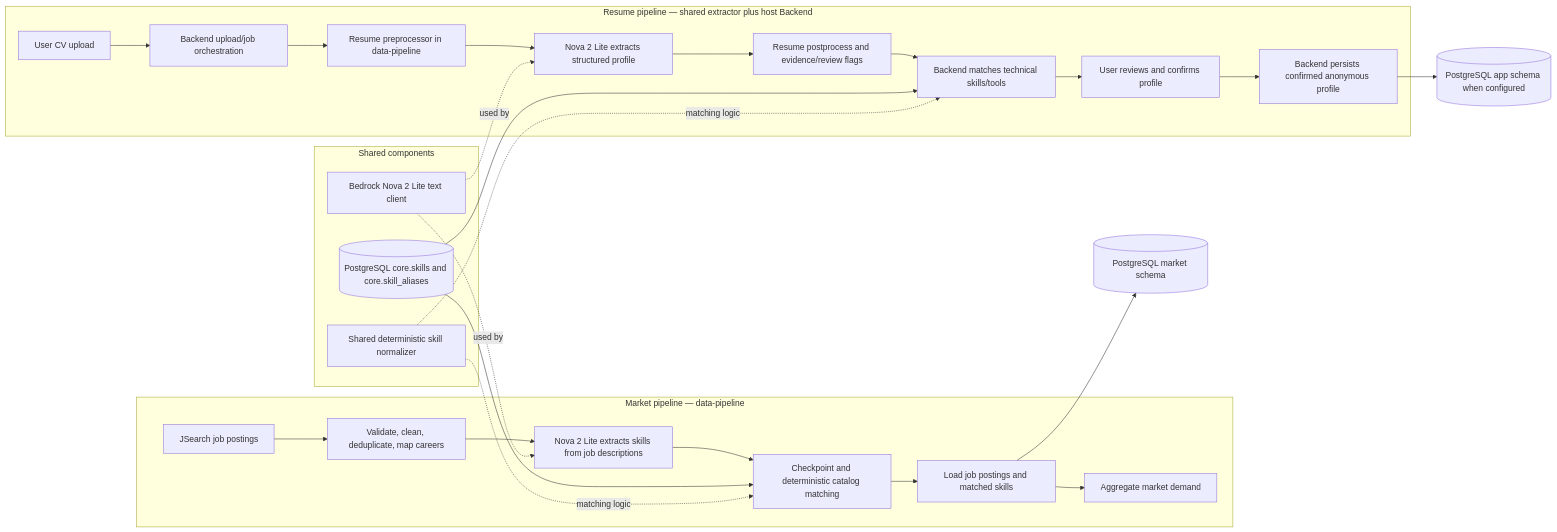
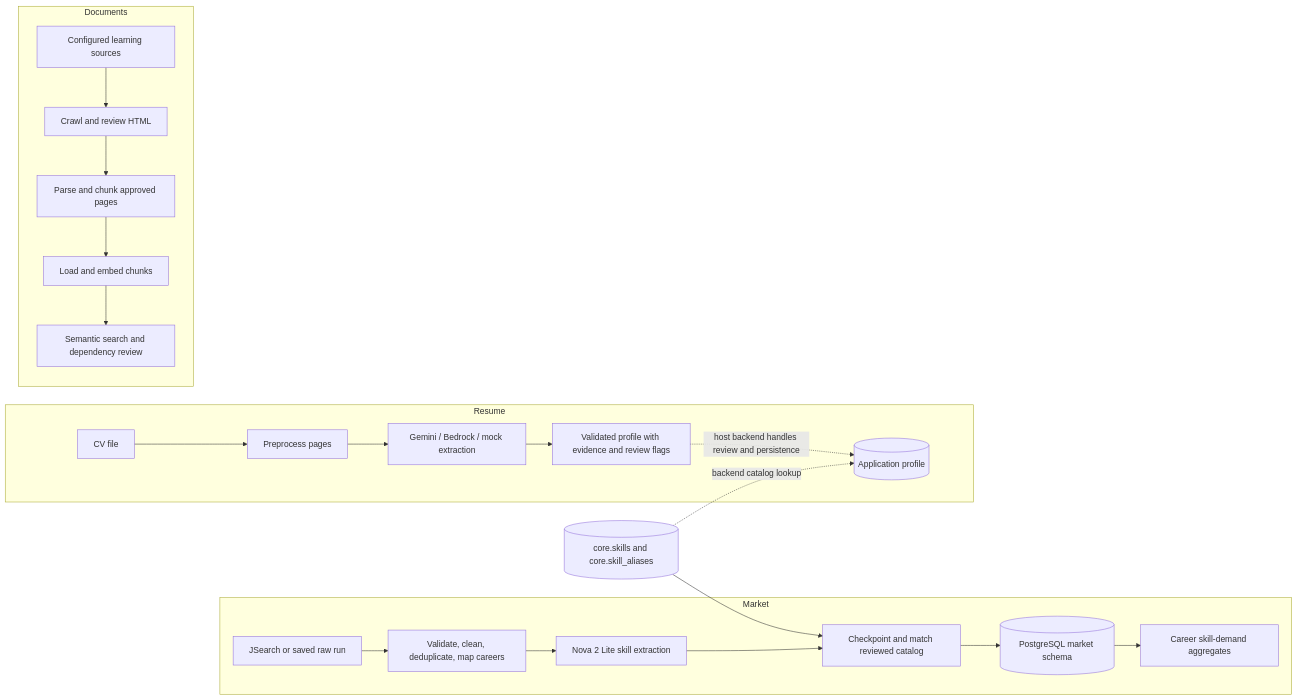
One commit to THN4/glow-job-data-pipeline changed the diagram in README.md. Above: the diagram before and after it, drawn with Mermaid. The commit also changed other lines of this file, not shown here.

````diff
--- a/README.md
+++ b/README.md
@@ -10,34 +17,27 @@
 ```mermaid
 flowchart LR
-    subgraph Market[Market pipeline — data-pipeline]
-        J[JSearch job postings] --> M[Validate, clean, deduplicate, map careers]
-        M --> ME[Nova 2 Lite extracts skills from job descriptions]
-        ME --> MC[Checkpoint and deterministic catalog matching]
-        MC --> ML[Load job postings and matched skills]
-        ML --> MA[Aggregate market demand]
+    subgraph Market
+        J[JSearch or saved raw run] --> M[Validate, clean, deduplicate, map careers]
+        M --> X[Nova 2 Lite skill extraction]
+        X --> C[Checkpoint and match reviewed catalog]
+        C --> D[(PostgreSQL market schema)]
+        D --> A[Career skill-demand aggregates]
     end
 
-    subgraph Resume[Resume pipeline — shared extractor plus host Backend]
-        CV[User CV upload] --> RP[Backend upload/job orchestration]
-        RP --> PRE[Resume preprocessor in data-pipeline]
-        PRE --> RE[Nova 2 Lite extracts structured profile]
-        RE --> POST[Resume postprocess and evidence/review flags]
-        POST --> CAT[Backend matches technical skills/tools]
-        CAT --> UI[User reviews and confirms profile]
-        UI --> SAVE[Backend persists confirmed anonymous profile]
+    subgraph Resume
+        CV[CV file] --> P[Preprocess pages]
+        P --> R[Gemini / Bedrock / mock extraction]
+        R --> O[Validated profile with evidence and review flags]
+        O -.host backend handles review and persistence.-> APP[(Application profile)]
     end
 
-    subgraph Shared[Shared components]
-        GEM[Bedrock Nova 2 Lite text client]
-        NORM[Shared deterministic skill normalizer]
-        CORE[(PostgreSQL core.skills and core.skill_aliases)]
+    subgraph Documents
+        U[Configured learning sources] --> H[Crawl and review HTML]
+        H --> K[Parse and chunk approved pages]
+        K --> V[Load and embed chunks]
+        V --> S[Semantic search and dependency review]
     end
-    GEM -.used by.-> ME
-    GEM -.used by.-> RE
-    CORE --> MC
-    CORE --> CAT
-    NORM -.matching logic.-> MC
-    NORM -.matching logic.-> CAT
-    ML --> MARKETDB[(PostgreSQL market schema)]
-    SAVE --> APPDB[(PostgreSQL app schema when configured)]
+
+    CORE[(core.skills and core.skill_aliases)] --> C
+    CORE -.backend catalog lookup.-> APP
 ```
````
